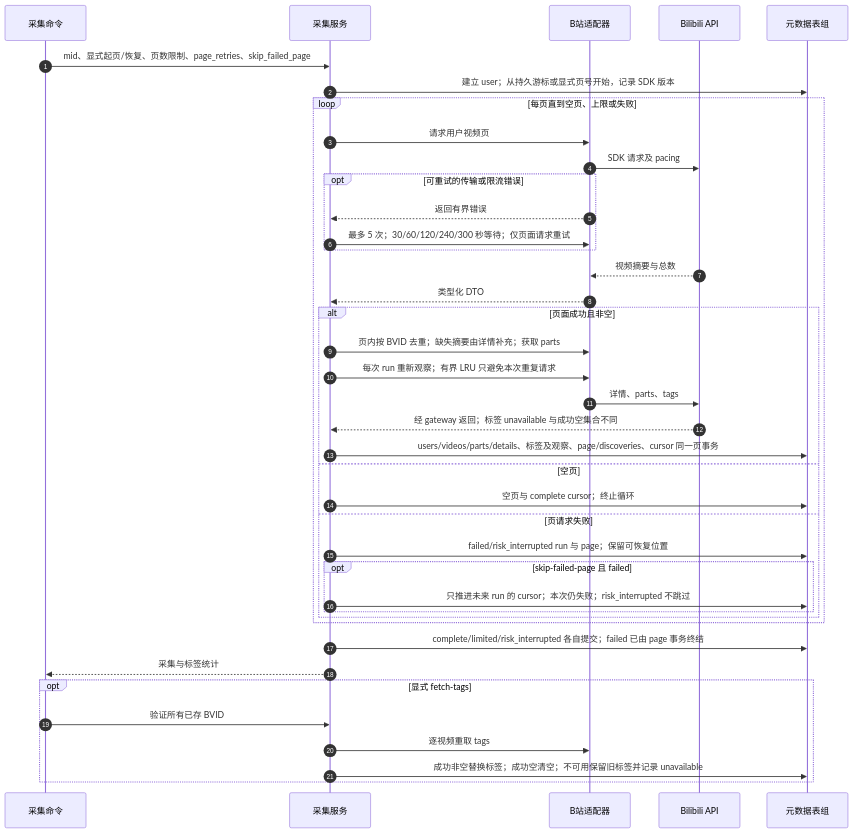
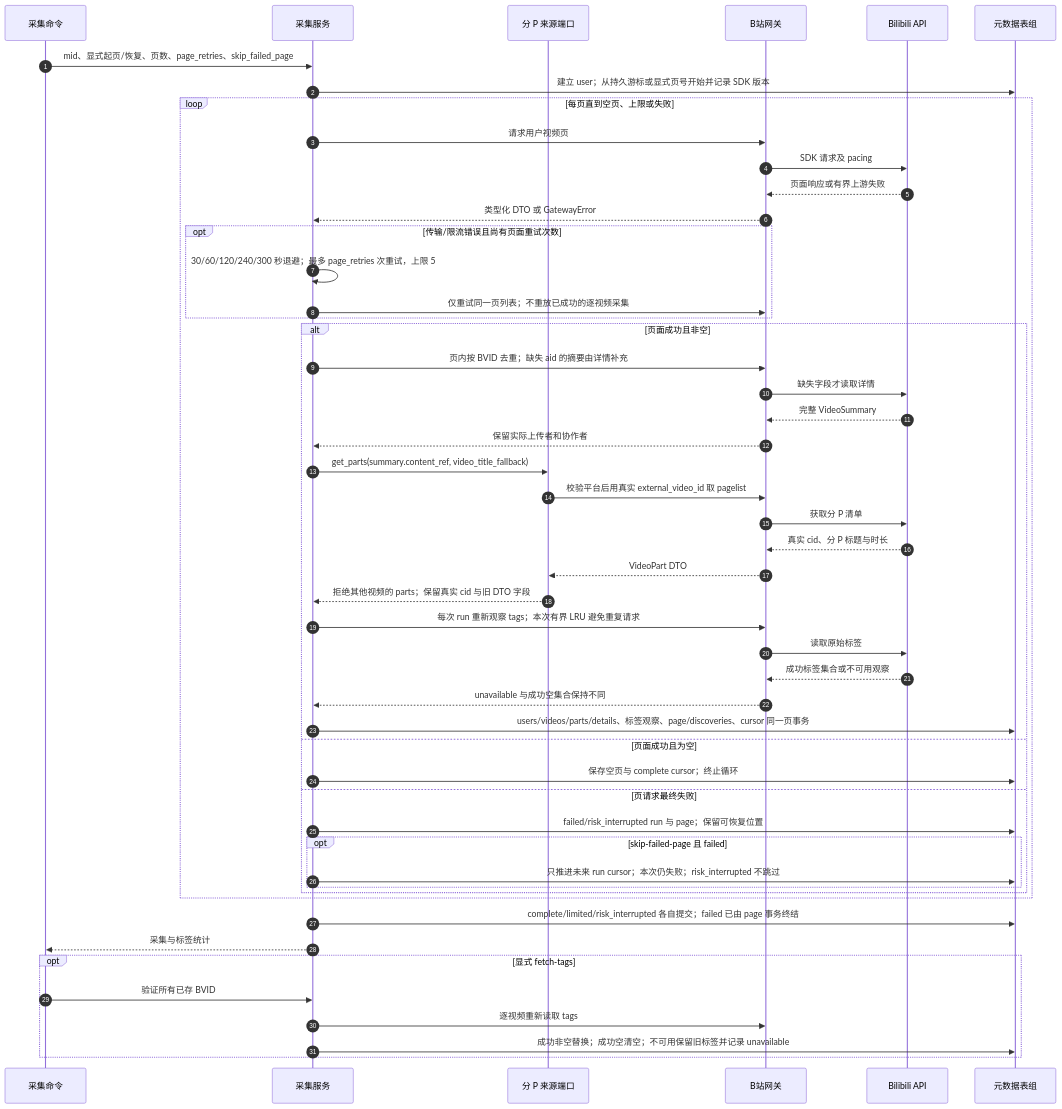
Before and after one commit to SuperCatQR/bilibili-asr-archive: the diagram in docs/sequences/02-metadata-tags.md, drawn with Mermaid. The commit also changed other lines of this file and 66 other files, not shown here.

Commit message:
Document repaired boundaries and pin all architecture diagrams

````diff
--- a/docs/sequences/02-metadata-tags.md
+++ b/docs/sequences/02-metadata-tags.md
@@ -9,42 +9,53 @@
 ```mermaid
 sequenceDiagram
     autonumber
     participant cli as 采集命令
     participant ingest as 采集服务
-    participant gateway as B站适配器
+    participant source as 分 P 来源端口
+    participant gateway as B站网关
     participant remote as Bilibili API
     participant db as 元数据表组
-    cli->>ingest: mid、显式起页/恢复、页数限制、page_retries、skip_failed_page
-    ingest->>db: 建立 user；从持久游标或显式页号开始，记录 SDK 版本
+    cli->>ingest: mid、显式起页/恢复、页数、page_retries、skip_failed_page
+    ingest->>db: 建立 user；从持久游标或显式页号开始并记录 SDK 版本
     loop 每页直到空页、上限或失败
     ingest->>gateway: 请求用户视频页
     gateway->>remote: SDK 请求及 pacing
-    opt 可重试的传输或限流错误
-    gateway-->>ingest: 返回有界错误
-    ingest->>gateway: 最多 5 次；30/60/120/240/300 秒等待；仅页面请求重试
+    remote-->>gateway: 页面响应或有界上游失败
+    gateway-->>ingest: 类型化 DTO 或 GatewayError
+    opt 传输/限流错误且尚有页面重试次数
+    ingest->>ingest: 30/60/120/240/300 秒退避；最多 page_retries 次重试，上限 5
+    ingest->>gateway: 仅重试同一页列表；不重放已成功的逐视频采集
     end
-    remote-->>gateway: 视频摘要与总数
-    gateway-->>ingest: 类型化 DTO
     alt 页面成功且非空
-    ingest->>gateway: 页内按 BVID 去重；缺失摘要由详情补充；获取 parts
-    ingest->>gateway: 每次 run 重新观察；有界 LRU 只避免本次重复请求
-    gateway->>remote: 详情、parts、tags
-    remote-->>ingest: 经 gateway 返回；标签 unavailable 与成功空集合不同
-    ingest->>db: users/videos/parts/details、标签及观察、page/discoveries、cursor 同一页事务
-    else 空页
-    ingest->>db: 空页与 complete cursor；终止循环
-    else 页请求失败
+    ingest->>gateway: 页内按 BVID 去重；缺失 aid 的摘要由详情补充
+    gateway->>remote: 缺失字段才读取详情
+    remote-->>gateway: 完整 VideoSummary
+    gateway-->>ingest: 保留实际上传者和协作者
+    ingest->>source: get_parts(summary.content_ref, video_title_fallback)
+    source->>gateway: 校验平台后用真实 external_video_id 取 pagelist
+    gateway->>remote: 获取分 P 清单
+    remote-->>gateway: 真实 cid、分 P 标题与时长
+    gateway-->>source: VideoPart DTO
+    source-->>ingest: 拒绝其他视频的 parts；保留真实 cid 与旧 DTO 字段
+    ingest->>gateway: 每次 run 重新观察 tags；本次有界 LRU 避免重复请求
+    gateway->>remote: 读取原始标签
+    remote-->>gateway: 成功标签集合或不可用观察
+    gateway-->>ingest: unavailable 与成功空集合保持不同
+    ingest->>db: users/videos/parts/details、标签观察、page/discoveries、cursor 同一页事务
+    else 页面成功且为空
+    ingest->>db: 保存空页与 complete cursor；终止循环
+    else 页请求最终失败
     ingest->>db: failed/risk_interrupted run 与 page；保留可恢复位置
     opt skip-failed-page 且 failed
-    ingest->>db: 只推进未来 run 的 cursor；本次仍失败；risk_interrupted 不跳过
+    ingest->>db: 只推进未来 run cursor；本次仍失败；risk_interrupted 不跳过
     end
     end
     end
     ingest->>db: complete/limited/risk_interrupted 各自提交；failed 已由 page 事务终结
     ingest-->>cli: 采集与标签统计
     opt 显式 fetch-tags
     cli->>ingest: 验证所有已存 BVID
-    ingest->>gateway: 逐视频重取 tags
-    ingest->>db: 成功非空替换标签；成功空清空；不可用保留旧标签并记录 unavailable
+    ingest->>gateway: 逐视频重新读取 tags
+    ingest->>db: 成功非空替换；成功空清空；不可用保留旧标签并记录 unavailable
     end
 ```
````
